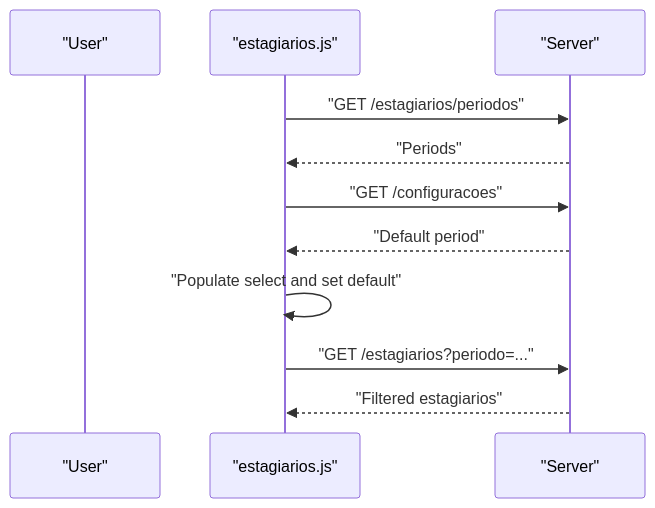
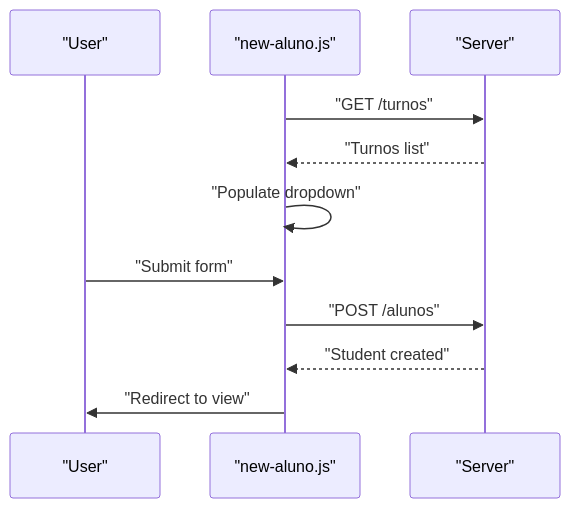
The fourth of 5 diagrams in .qoder/repowiki/en/content/Frontend Architecture/Entity Management Interfaces.md (luiseduacosta/nodemural), drawn with Mermaid before and after one commit. The commit also changed other lines of this file and 4 other files, not shown here.

````diff
--- a/.qoder/repowiki/en/content/Frontend Architecture/Entity Management Interfaces.md
+++ b/.qoder/repowiki/en/content/Frontend Architecture/Entity Management Interfaces.md
@@ -221,13 +218,13 @@
 ```mermaid
 sequenceDiagram
 participant U as "User"
-participant ES as "estagiarios.js"
+participant NA as "new-aluno.js"
 participant API as "Server"
-ES->>API : "GET /estagiarios/periodos"
-API-->>ES : "Periods"
-ES->>API : "GET /configuracoes"
-API-->>ES : "Default period"
-ES->>ES : "Populate select and set default"
-ES->>API : "GET /estagiarios?periodo=..."
-API-->>ES : "Filtered estagiarios"
+NA->>API : "GET /turnos"
+API-->>NA : "Turnos list"
+NA->>NA : "Populate dropdown"
+U->>NA : "Submit form"
+NA->>API : "POST /alunos"
+API-->>NA : "Student created"
+NA->>U : "Redirect to view"
 ```
````
